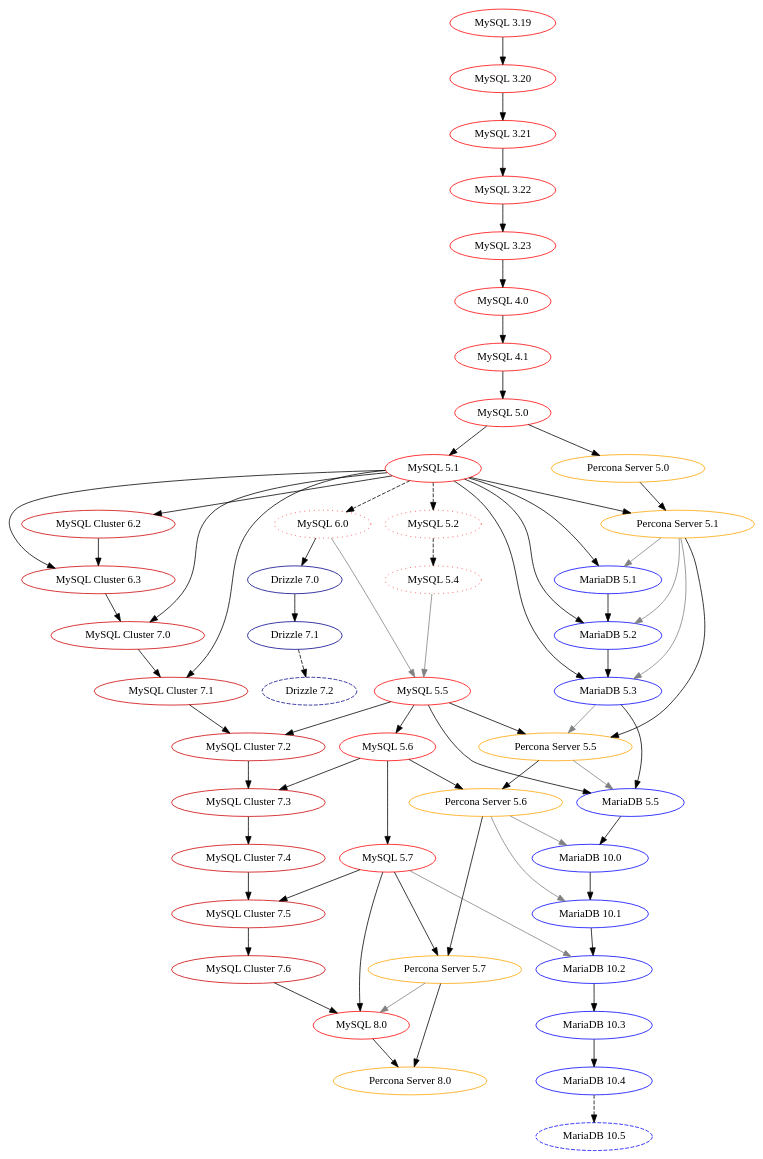
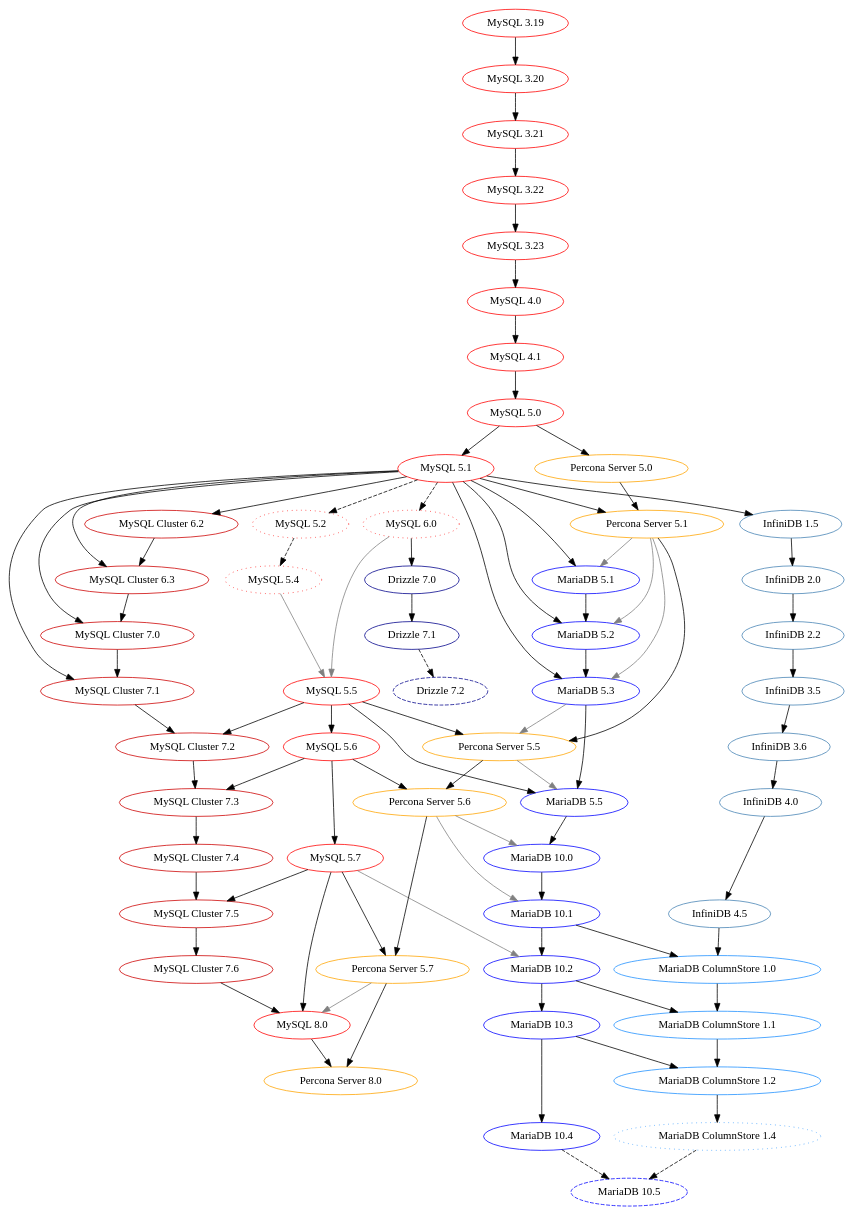
The diagram in mysql-history-graph.dot (dveeden/mysql-history-graph), drawn with Graphviz before and after one commit. The commit also changed 2 other files, not shown here.

Commit message:
Add InfiniDB & MariaDB ColumnStore
Added what I know of the InfiniDB and ColumnStore forks.

InfiniDB was a fork of MySQL to add a columnar storage engine, this
required a lot of modifications to MySQL's internals, hence the fork.

MariaDB ColumnStore was a fork of InfiniDB combined with a fork of
MariaDB 10.X.

Things get a little complicated around MariaDB ColumnStore 1.4. It is
no longer a fork due to new APIs added in MariaDB. It is now a
separate tree for the engine parts, it has only been released with
MariaDB Enterprise 10.4 due to timing. It is expected that ColumnStore
engine 1.5 will be part of MariaDB 10.5.

```diff
--- a/mysql-history-graph.dot
+++ b/mysql-history-graph.dot
@@ -1,146 +1,183 @@
 digraph mysql_history_graph {
 	/* Standards:
-	   Non-GA: 		dashed
-	   Abandoned: 		dotted 
-	   Oracle MySQL: 	red
-	   MySQL Cluster: 	red3
-	   MariaDB: 		blue
-	   Drizzle: 		blue4
-	   Percona Server: 	orange
+	   Non-GA: 		                    dashed
+	   Abandoned / No public release: 	dotted
+	   Oracle MySQL: 	                red
+	   MySQL Cluster: 	                red3
+	   MariaDB: 		                blue
+       InfiniDB:                        steelblue
+       MariaDB ColumnStore:             dodgerblue
+	   Drizzle: 		                blue4
+	   Percona Server: 	                orange
 	*/
 
 	/* MySQL/Sun/Oracle MySQL GA */
 	"MySQL 3.19" [color="red"];
 	"MySQL 3.20" [color="red"];
 	"MySQL 3.21" [color="red"];
 	"MySQL 3.22" [color="red"];
 	"MySQL 3.23" [color="red"];
 	"MySQL 4.0" [color="red"];
 	"MySQL 4.1" [color="red"];
 	"MySQL 5.0" [color="red"];
 	"MySQL 5.1" [color="red"];
 	"MySQL 5.5" [color="red"];
 	"MySQL 5.6" [color="red"];
 	"MySQL 5.7" [color="red"];
 	"MySQL 8.0" [color="red"];
 	"MySQL 3.19" -> "MySQL 3.20";
 	"MySQL 3.20" -> "MySQL 3.21";
 	"MySQL 3.21" -> "MySQL 3.22";
 	"MySQL 3.22" -> "MySQL 3.23";
 	"MySQL 3.23" -> "MySQL 4.0";
 	"MySQL 4.0" -> "MySQL 4.1";
 	"MySQL 4.1" -> "MySQL 5.0";
 	"MySQL 5.0" -> "MySQL 5.1";
 	"MySQL 6.0" -> "MySQL 5.5" [color="grey"]; // Optimizer improvements
 	"MySQL 5.4" -> "MySQL 5.5" [color="grey"]; // InnoDB Scalability
 	"MySQL 5.5" -> "MySQL 5.6";
 	"MySQL 5.6" -> "MySQL 5.7";
 	"MySQL 5.7" -> "MySQL 8.0";
 	"MySQL Cluster 7.6" -> "MySQL 8.0";
 
 	/* MySQL/Sun/Oracle non-GA */	
 	"MySQL 5.2" [color="red",style="dotted"];
 	"MySQL 5.4" [color="red",style="dotted"];
 	"MySQL 6.0" [color="red",style="dotted"];
 	"MySQL 5.1" -> "MySQL 5.2" [style="dashed"];
 	"MySQL 5.1" -> "MySQL 6.0" [style="dashed"];
 	"MySQL 5.2" -> "MySQL 5.4" [style="dashed"];
 
 	// Buffer pool mutex split patch, temp table replication improvements in RBR/MBR, numerous bugfixes
 	"Percona Server 5.7" -> "MySQL 8.0" [color="grey"];
 
 	/* MySQL Cluster (NDB) */
 	"MySQL Cluster 6.2" [color="red3"]
 	"MySQL Cluster 6.3" [color="red3"]
 	"MySQL Cluster 7.0" [color="red3"]
 	"MySQL Cluster 7.1" [color="red3"]
 	"MySQL Cluster 7.2" [color="red3"]
 	"MySQL Cluster 7.3"  [color="red3"]
 	"MySQL Cluster 7.4"  [color="red3"]
 	"MySQL Cluster 7.5"  [color="red3"]
 	"MySQL Cluster 7.6"  [color="red3"]
 	"MySQL 5.1" -> "MySQL Cluster 6.2";
 	"MySQL 5.1" -> "MySQL Cluster 6.3";
 	"MySQL Cluster 6.2" -> "MySQL Cluster 6.3";
 	"MySQL 5.1" -> "MySQL Cluster 7.0";
 	"MySQL Cluster 6.3" -> "MySQL Cluster 7.0";
 	"MySQL 5.1" -> "MySQL Cluster 7.1";
 	"MySQL Cluster 7.0" -> "MySQL Cluster 7.1";
 	"MySQL 5.5" -> "MySQL Cluster 7.2";
 	"MySQL Cluster 7.1" -> "MySQL Cluster 7.2";
 	"MySQL 5.6" -> "MySQL Cluster 7.3";
 	"MySQL Cluster 7.2" -> "MySQL Cluster 7.3";
 	"MySQL Cluster 7.3" -> "MySQL Cluster 7.4";
 	"MySQL 5.7" -> "MySQL Cluster 7.5";
 	"MySQL Cluster 7.4" -> "MySQL Cluster 7.5";
 	"MySQL Cluster 7.5" -> "MySQL Cluster 7.6";
 
 	/* MariaDB */
 	"MariaDB 5.1" [color="blue"];
 	"MariaDB 5.2" [color="blue"];
 	"MariaDB 5.3" [color="blue"];
 	"MariaDB 5.5" [color="blue"];
 	"MariaDB 10.0" [color="blue"];
 	"MariaDB 10.1" [color="blue"];
 	"MariaDB 10.2" [color="blue"];
 	"MariaDB 10.3" [color="blue"];
 	"MariaDB 10.4" [color="blue"];
 	"MariaDB 10.5" [color="blue", style="dashed"];
 	"MySQL 5.1" -> "MariaDB 5.1";
 	"Percona Server 5.1" -> "MariaDB 5.1" [color="grey"]; // XtraDB
 	"MySQL 5.1" -> "MariaDB 5.2";
 	"MariaDB 5.1" -> "MariaDB 5.2";
 	"Percona Server 5.1" -> "MariaDB 5.2" [color="grey"]; // XtraDB
 	"MySQL 5.1" -> "MariaDB 5.3";
 	"MariaDB 5.2" -> "MariaDB 5.3";
 	"Percona Server 5.1" -> "MariaDB 5.3" [color="grey"]; // XtraDB
 	"MySQL 5.5" -> "MariaDB 5.5";
 	"MariaDB 5.3" -> "MariaDB 5.5";
 	"Percona Server 5.5" -> "MariaDB 5.5" [color="grey"]; // XtraDB
 	"MariaDB 5.5" -> "MariaDB 10.0";
 	"MariaDB 10.0" -> "MariaDB 10.1";
 	"Percona Server 5.6" -> "MariaDB 10.0" [color="grey"]; // XtraDB
 	"MariaDB 10.1" -> "MariaDB 10.2"; // InnoDB
 	"Percona Server 5.6" -> "MariaDB 10.1" [color="grey"]; // XtraDB
 	"MariaDB 10.2" -> "MariaDB 10.3";
 	"MySQL 5.7" -> "MariaDB 10.2" [color="grey"]; // InnoDB
 
         /*
          * https://mariadb.com/kb/en/innodb-versions/
          * "In MariaDB 10.3.7 and later, the InnoDB implementation has diverged
          * substantially from the InnoDB in MySQL. Therefore, in these versions,
          * the InnoDB version is no longer associated with a MySQL release
          * version."
          */
 	"MariaDB 10.3" -> "MariaDB 10.4";
 	"MariaDB 10.4" -> "MariaDB 10.5" [style="dashed"];
 
+    /* InfiniDB */
+    "InfiniDB 1.5" [color="steelblue"];
+    "InfiniDB 2.0" [color="steelblue"];
+    "InfiniDB 2.2" [color="steelblue"];
+    "InfiniDB 3.5" [color="steelblue"];
+    "InfiniDB 3.6" [color="steelblue"];
+    "InfiniDB 4.0" [color="steelblue"];
+    "InfiniDB 4.5" [color="steelblue"];
+    "MySQL 5.1" -> "InfiniDB 1.5";
+    "InfiniDB 1.5" -> "InfiniDB 2.0";
+    "InfiniDB 2.0" -> "InfiniDB 2.2";
+    "InfiniDB 2.2" -> "InfiniDB 3.5";
+    "InfiniDB 3.5" -> "InfiniDB 3.6";
+    "InfiniDB 3.6" -> "InfiniDB 4.0";
+    "InfiniDB 4.0" -> "InfiniDB 4.5";
+
+    /* MariaDB ColumnStore */
+    "MariaDB ColumnStore 1.0" [color="dodgerblue"];
+    "MariaDB ColumnStore 1.1" [color="dodgerblue"];
+    "MariaDB ColumnStore 1.2" [color="dodgerblue"];
+    /*
+     * ColumnStore is no longer a fork with 1.4 but released as part of MariaDB
+     * Enterprise 10.4. The codebase is still separate at this time though.
+     * Timing meant it couldn't make it to community 10.4 but the two are
+     * expected to merge for 10.5.
+     */
+    "MariaDB ColumnStore 1.4" [color="dodgerblue",style="dotted"]; // Enterprise only, no longer fork
+    "InfiniDB 4.5" -> "MariaDB ColumnStore 1.0";
+    "MariaDB 10.1" -> "MariaDB ColumnStore 1.0";
+    "MariaDB ColumnStore 1.0" -> "MariaDB ColumnStore 1.1";
+    "MariaDB 10.2" -> "MariaDB ColumnStore 1.1";
+    "MariaDB ColumnStore 1.1" -> "MariaDB ColumnStore 1.2";
+    "MariaDB 10.3" -> "MariaDB ColumnStore 1.2";
+    "MariaDB ColumnStore 1.2" -> "MariaDB ColumnStore 1.4";
+    "MariaDB ColumnStore 1.4" -> "MariaDB 10.5" [style="dashed"]; // Tentative
 
 	/* Percona Server */
 	"Percona Server 5.0" [color="orange"];
 	"Percona Server 5.1" [color="orange"];
 	"Percona Server 5.5" [color="orange"];
 	"Percona Server 5.6" [color="orange"];
 	"Percona Server 5.7" [color="orange"];
 	"Percona Server 8.0" [color="orange"];
 	"MySQL 5.0" -> "Percona Server 5.0";
 	"MySQL 5.1" -> "Percona Server 5.1";
 	"Percona Server 5.0" -> "Percona Server 5.1";
 	"MySQL 5.5" -> "Percona Server 5.5";
 	"Percona Server 5.1" -> "Percona Server 5.5";
 	"MariaDB 5.3" -> "Percona Server 5.5" [color="grey"]; // group commit
 	"MySQL 5.6" -> "Percona Server 5.6";
 	"Percona Server 5.5" -> "Percona Server 5.6";
 	"MySQL 5.7" -> "Percona Server 5.7";
 	"Percona Server 5.6" -> "Percona Server 5.7";
 	"Percona Server 5.7" -> "Percona Server 8.0";
 	"MySQL 8.0" -> "Percona Server 8.0";
 
 	/* Drizzle */
 	"Drizzle 7.0" [color="blue4"];
 	"Drizzle 7.1" [color="blue4"];
 	"Drizzle 7.2" [color="blue4", style="dashed"];
 	"MySQL 6.0" -> "Drizzle 7.0";
 	"Drizzle 7.0" -> "Drizzle 7.1";
 	"Drizzle 7.1" -> "Drizzle 7.2" [style="dashed"];
 }
```
